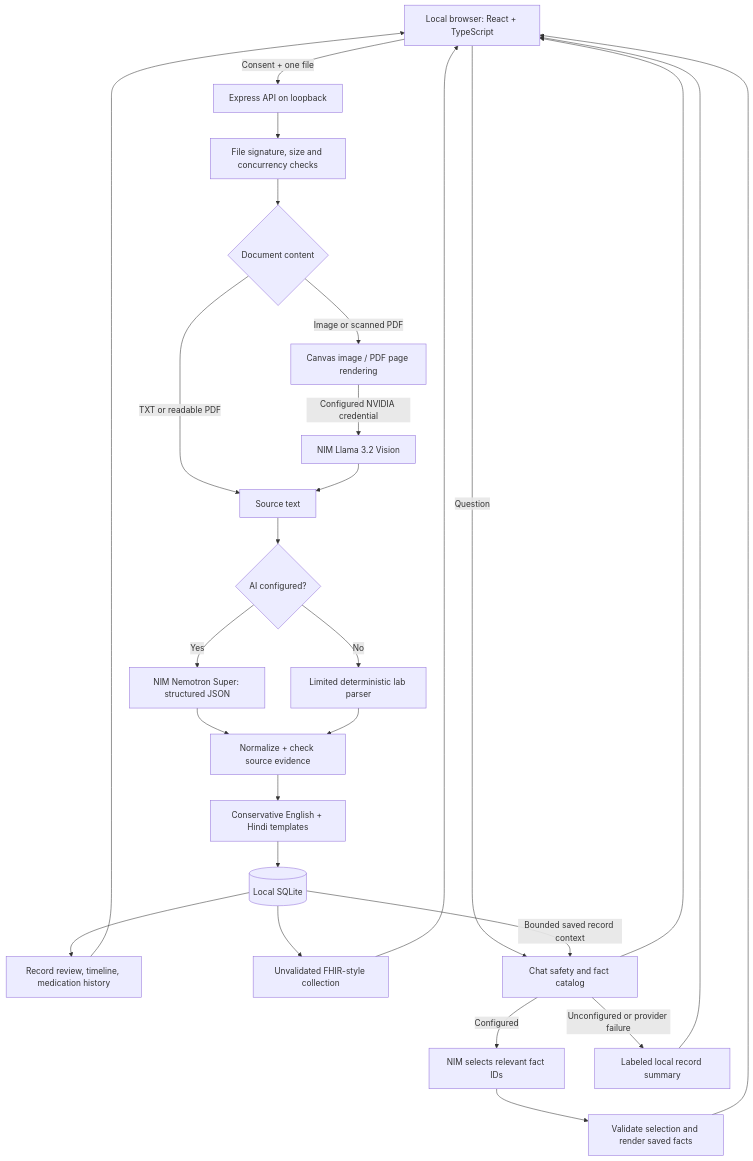
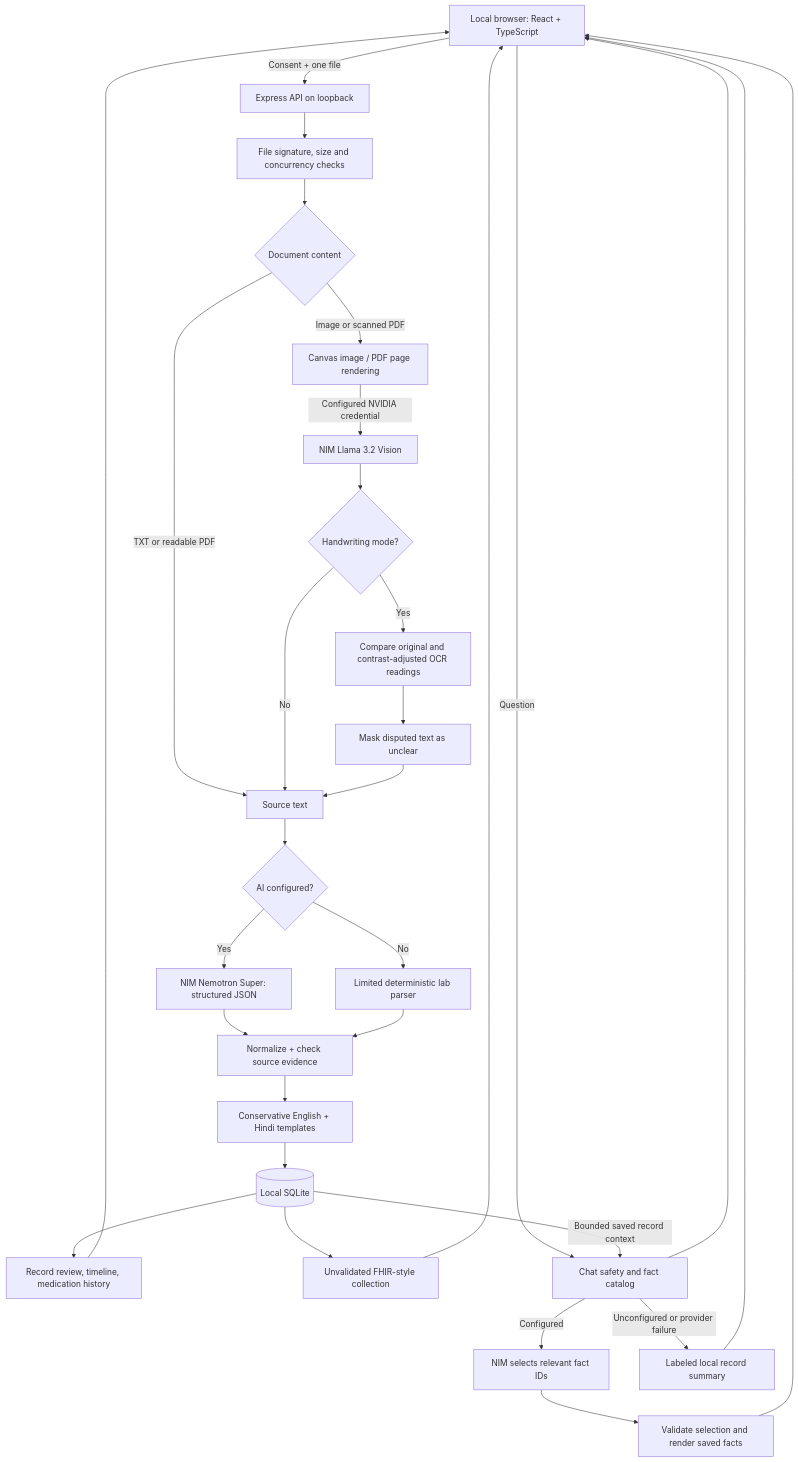
Before and after one commit to Somanshu-Jha/Bytexl: the diagram in docs/architecture.md, drawn with Mermaid. The commit also changed other lines of this file and 50 other files, not shown here.

Commit message:
feat: add verified handwriting OCR, trend tracking, and review workflows

````diff
--- a/docs/architecture.md
+++ b/docs/architecture.md
@@ -5,29 +5,33 @@
 ```mermaid
 flowchart TD
     User[Local browser: React + TypeScript] -->|Consent + one file| API[Express API on loopback]
     API --> Validate[File signature, size and concurrency checks]
     Validate --> Read{Document content}
     Read -->|TXT or readable PDF| Text[Source text]
     Read -->|Image or scanned PDF| Render[Canvas image / PDF page rendering]
     Render -->|Configured NVIDIA credential| Vision[NIM Llama 3.2 Vision]
-    Vision --> Text
+    Vision --> Handwriting{Handwriting mode?}
+    Handwriting -->|No| Text
+    Handwriting -->|Yes| Compare[Compare original and contrast-adjusted OCR readings]
+    Compare --> Mask[Mask disputed text as unclear]
+    Mask --> Text
     Text --> Mode{AI configured?}
     Mode -->|Yes| Extraction[NIM Nemotron Super: structured JSON]
     Mode -->|No| Local[Limited deterministic lab parser]
     Extraction --> Boundary[Normalize + check source evidence]
     Local --> Boundary
     Boundary --> Summary[Conservative English + Hindi templates]
     Summary --> DB[(Local SQLite)]
     DB --> Views[Record review, timeline, medication history]
     Views --> User
     DB --> FHIR[Unvalidated FHIR-style collection]
     FHIR --> User
     User -->|Question| Chat[Chat safety and fact catalog]
     DB -->|Bounded saved record context| Chat
     Chat -->|Configured| ChatAI[NIM selects relevant fact IDs]
     ChatAI --> RenderFacts[Validate selection and render saved facts]
     RenderFacts --> User
     Chat -->|Unconfigured or provider failure| Fallback[Labeled local record summary]
     Chat --> User
     Fallback --> User
 ```
````
